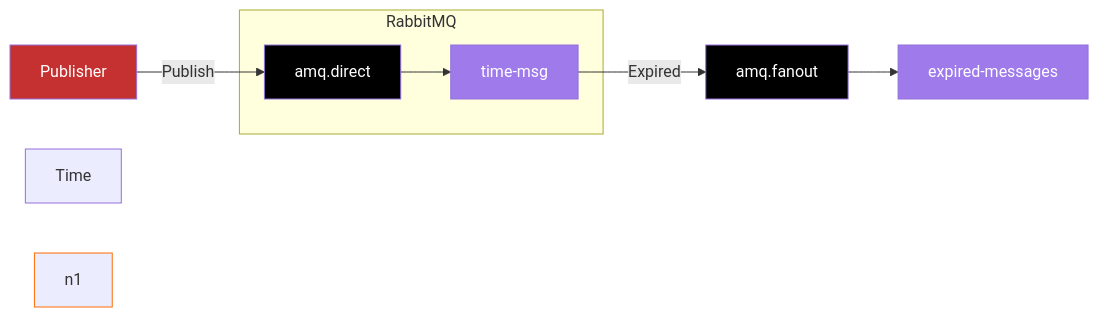
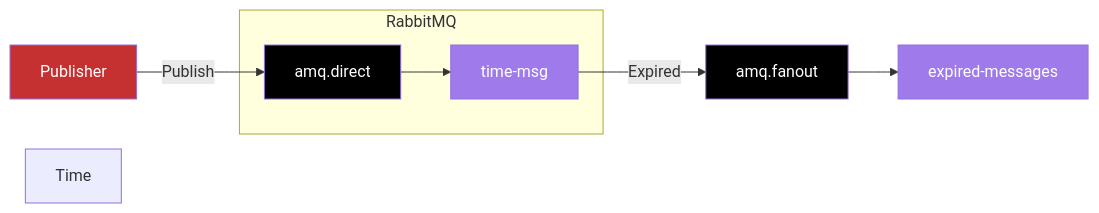
Before and after one commit to randa-magdy/rabbitmq-nodejs-guide: diagram 14 of 15 in README.md, drawn with Mermaid.

````diff
--- a/README.md
+++ b/README.md
@@ -743,19 +743,18 @@
 ```mermaid
 flowchart LR
  subgraph RabbitMQ["RabbitMQ"]
         Queue["time-msg"]
         DirectExchange["amq.direct"]
   end
     Publisher["Publisher"] -- Publish --> DirectExchange
     DirectExchange --> Queue
     Queue -- Expired --> Exchange2["amq.fanout"]
     Exchange2 --> Queue1["expired-messages"]
     Time["Time"]
 
     style Queue fill:#9f7aea,color:#fff
     style DirectExchange fill:#000,color:#fff
     style Publisher fill:#c53030,color:#fff
     style Exchange2 fill:#000,color:#fff
     style Queue1 fill:#9f7aea,color:#fff
-    style n1 stroke:#FF6D00
 ```
````
